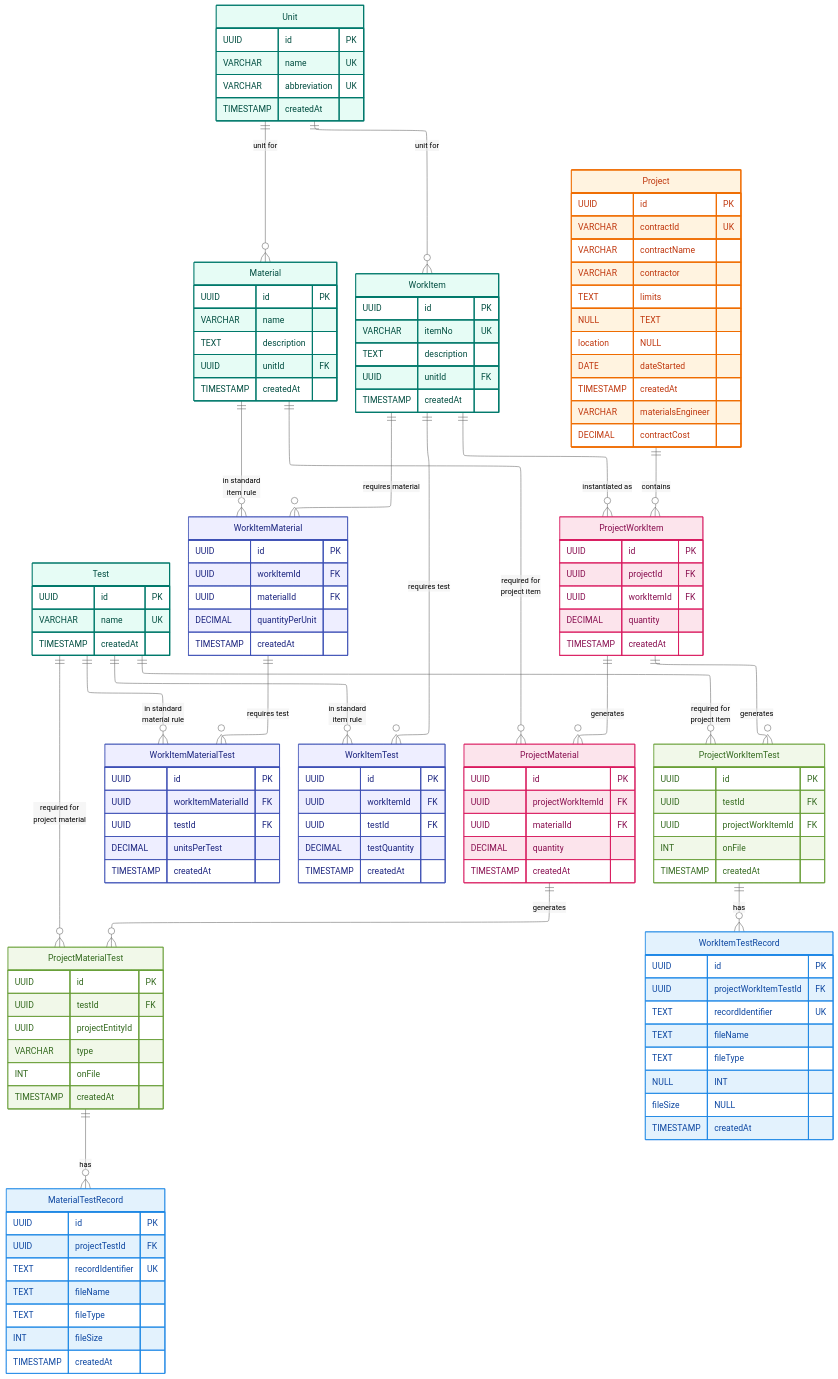
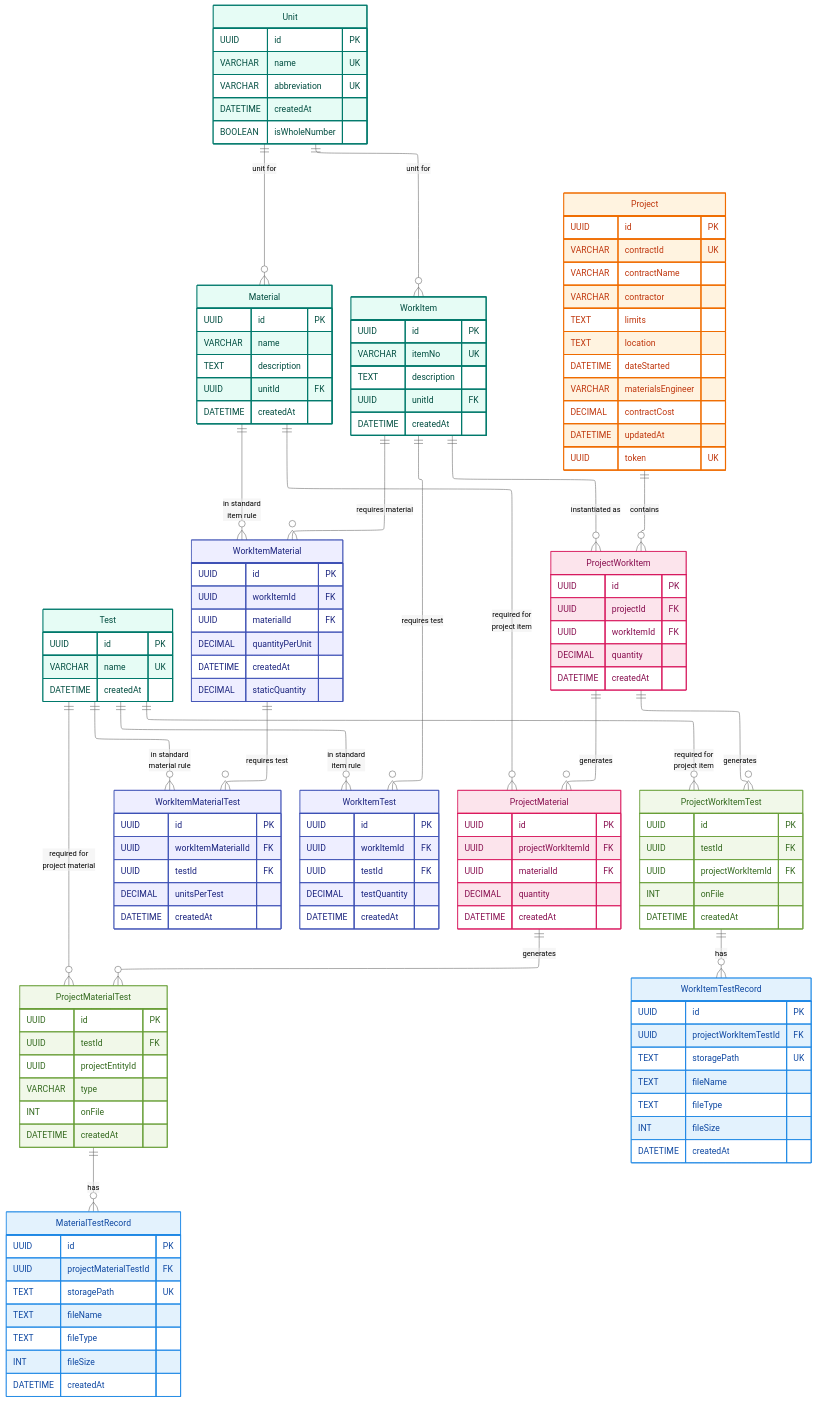
Before and after one commit to 4Sure-SE/concrete-works-testing-rms: the diagram in docs/erd.md, drawn with Mermaid. The commit also changed 4 other files, not shown here.

Commit message:
docs: add legend to diagrams and update erd

````diff
--- a/docs/erd.md
+++ b/docs/erd.md
@@ -8,125 +8,141 @@
 ---
 erDiagram
     direction TB
+
     Unit {
         UUID id PK
         VARCHAR name UK
         VARCHAR abbreviation UK
-        TIMESTAMP createdAt
+        DATETIME createdAt
+        BOOLEAN isWholeNumber
     }
     class Unit coreDef
+
     Material {
         UUID id PK
         VARCHAR name
         TEXT description
         UUID unitId FK
-        TIMESTAMP createdAt
+        DATETIME createdAt
     }
     class Material coreDef
+
     WorkItem {
         UUID id PK
         VARCHAR itemNo UK
         TEXT description
         UUID unitId FK
-        TIMESTAMP createdAt
+        DATETIME createdAt
     }
     class WorkItem coreDef
+
     Test {
         UUID id PK
         VARCHAR name UK
-        TIMESTAMP createdAt
+        DATETIME createdAt
     }
     class Test coreDef
+
     WorkItemMaterial {
         UUID id PK
         UUID workItemId FK
         UUID materialId FK
         DECIMAL quantityPerUnit
-        TIMESTAMP createdAt
+        DATETIME createdAt
+        DECIMAL staticQuantity
     }
     class WorkItemMaterial standardRule
+
     WorkItemMaterialTest {
         UUID id PK
         UUID workItemMaterialId FK
         UUID testId FK
         DECIMAL unitsPerTest
-        TIMESTAMP createdAt
+        DATETIME createdAt
     }
     class WorkItemMaterialTest standardRule
+
     WorkItemTest {
         UUID id PK
         UUID workItemId FK
         UUID testId FK
         DECIMAL testQuantity
-        TIMESTAMP createdAt
+        DATETIME createdAt
     }
     class WorkItemTest standardRule
+
     Project {
         UUID id PK
         VARCHAR contractId UK
         VARCHAR contractName
         VARCHAR contractor
-        TEXT limits NULL
-        TEXT location NULL
-        DATE dateStarted
-        TIMESTAMP createdAt
+        TEXT limits
+        TEXT location
+        DATETIME dateStarted
         VARCHAR materialsEngineer
         DECIMAL contractCost
+        DATETIME updatedAt
+        UUID token UK
     }
     class Project projectCore
+
     ProjectWorkItem {
         UUID id PK
         UUID projectId FK
         UUID workItemId FK
         DECIMAL quantity
-        TIMESTAMP createdAt
+        DATETIME createdAt
     }
     class ProjectWorkItem projectInstance
+
     ProjectMaterial {
         UUID id PK
         UUID projectWorkItemId FK
         UUID materialId FK
         DECIMAL quantity
-        TIMESTAMP createdAt
+        DATETIME createdAt
     }
     class ProjectMaterial projectInstance
+
     ProjectMaterialTest {
         UUID id PK
         UUID testId FK
         UUID projectEntityId
         VARCHAR type
         INT onFile
-        TIMESTAMP createdAt
+        DATETIME createdAt
     }
     class ProjectMaterialTest projectTest
+
     ProjectWorkItemTest {
         UUID id PK
         UUID testId FK
         UUID projectWorkItemId FK
         INT onFile
-        TIMESTAMP createdAt
+        DATETIME createdAt
     }
     class ProjectWorkItemTest projectTest
+
     MaterialTestRecord {
         UUID id PK
-        UUID projectTestId FK
-        TEXT recordIdentifier UK
+        UUID projectMaterialTestId FK
+        TEXT storagePath UK
         TEXT fileName
         TEXT fileType
         INT fileSize
-        TIMESTAMP createdAt
+        DATETIME createdAt
     }
     class MaterialTestRecord testRecord
+
     WorkItemTestRecord {
         UUID id PK
         UUID projectWorkItemTestId FK
-        TEXT recordIdentifier UK
+        TEXT storagePath UK
         TEXT fileName
-        TEXT fileType NULL
-        INT fileSize NULL
-        TIMESTAMP createdAt
+        TEXT fileType
+        INT fileSize
+        DATETIME createdAt
     }
-
     class WorkItemTestRecord testRecord
 
     Unit                 ||--o{ Material             : "unit for"
@@ -169,4 +185,5 @@
     classDef projectInstance fill:#fce4ec,stroke:#d81b60,stroke-width:1px,color:#880e4f;
     classDef projectTest fill:#f1f8e9,stroke:#689f38,stroke-width:1px,color:#33691e;
     classDef testRecord fill:#e3f2fd,stroke:#1e88e5,stroke-width:1px,color:#0d47a1;
+
 ```
````
